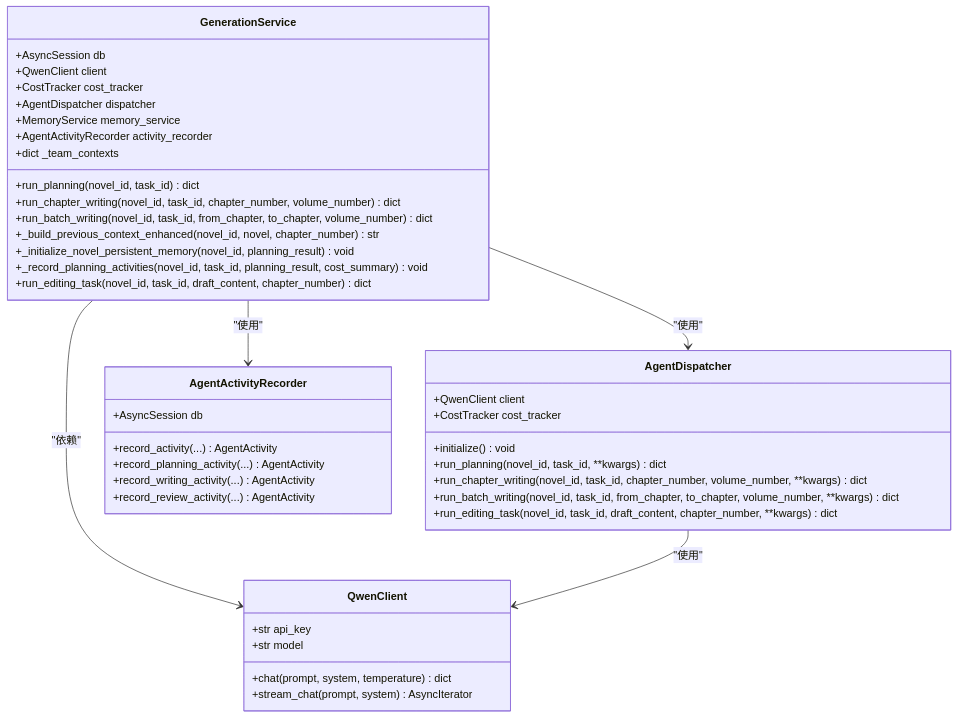
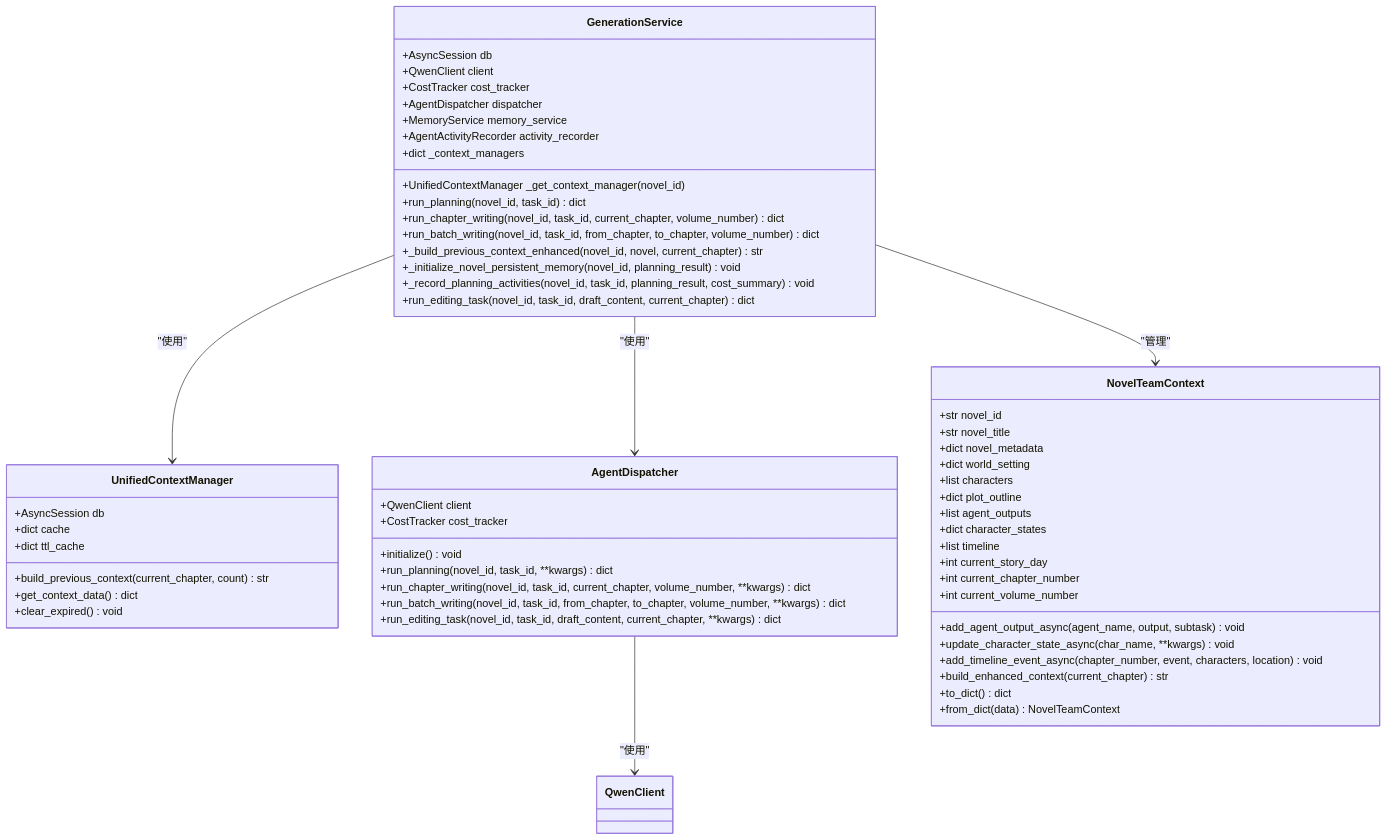
One commit to xfbyxq/ai-novel-system changed the second of 14 diagrams in .qoder/repowiki/zh/content/Generation Service.md. Above: the diagram before and after it, drawn with Mermaid. The commit also changed other lines of this file and 2 other files, not shown here.

First line of the commit message:
feat(generation): 新增团队协作与统一上下文管理支持

````diff
--- a/.qoder/repowiki/zh/content/Generation Service.md
+++ b/.qoder/repowiki/zh/content/Generation Service.md
@@ -129,45 +137,61 @@
 ```mermaid
 classDiagram
 class GenerationService {
 +AsyncSession db
 +QwenClient client
 +CostTracker cost_tracker
 +AgentDispatcher dispatcher
 +MemoryService memory_service
 +AgentActivityRecorder activity_recorder
-+dict _team_contexts
++dict _context_managers
++UnifiedContextManager _get_context_manager(novel_id)
 +run_planning(novel_id, task_id) dict
-+run_chapter_writing(novel_id, task_id, chapter_number, volume_number) dict
++run_chapter_writing(novel_id, task_id, current_chapter, volume_number) dict
 +run_batch_writing(novel_id, task_id, from_chapter, to_chapter, volume_number) dict
-+_build_previous_context_enhanced(novel_id, novel, chapter_number) str
++_build_previous_context_enhanced(novel_id, novel, current_chapter) str
 +_initialize_novel_persistent_memory(novel_id, planning_result) void
 +_record_planning_activities(novel_id, task_id, planning_result, cost_summary) void
-+run_editing_task(novel_id, task_id, draft_content, chapter_number) dict
++run_editing_task(novel_id, task_id, draft_content, current_chapter) dict
+}
+class UnifiedContextManager {
++AsyncSession db
++dict cache
++dict ttl_cache
++build_previous_context(current_chapter, count) str
++get_context_data() dict
++clear_expired() void
 }
 class AgentDispatcher {
 +QwenClient client
 +CostTracker cost_tracker
 +initialize() void
 +run_planning(novel_id, task_id, **kwargs) dict
-+run_chapter_writing(novel_id, task_id, chapter_number, volume_number, **kwargs) dict
++run_chapter_writing(novel_id, task_id, current_chapter, volume_number, **kwargs) dict
 +run_batch_writing(novel_id, task_id, from_chapter, to_chapter, volume_number, **kwargs) dict
-+run_editing_task(novel_id, task_id, draft_content, chapter_number, **kwargs) dict
++run_editing_task(novel_id, task_id, draft_content, current_chapter, **kwargs) dict
 }
-class QwenClient {
-+str api_key
-+str model
-+chat(prompt, system, temperature) dict
-+stream_chat(prompt, system) AsyncIterator
+class NovelTeamContext {
++str novel_id
++str novel_title
++dict novel_metadata
++dict world_setting
++list characters
++dict plot_outline
++list agent_outputs
++dict character_states
++list timeline
++int current_story_day
++int current_chapter_number
++int current_volume_number
++add_agent_output_async(agent_name, output, subtask) void
++update_character_state_async(char_name, **kwargs) void
++add_timeline_event_async(chapter_number, event, characters, location) void
++build_enhanced_context(current_chapter) str
++to_dict() dict
++from_dict(data) NovelTeamContext
 }
-class AgentActivityRecorder {
-+AsyncSession db
-+record_activity(...) AgentActivity
-+record_planning_activity(...) AgentActivity
-+record_writing_activity(...) AgentActivity
-+record_review_activity(...) AgentActivity
-}
+GenerationService --> UnifiedContextManager : "使用"
 GenerationService --> AgentDispatcher : "使用"
-GenerationService --> QwenClient : "依赖"
-GenerationService --> AgentActivityRecorder : "使用"
+GenerationService --> NovelTeamContext : "管理"
 AgentDispatcher --> QwenClient : "使用"
 ```
````
